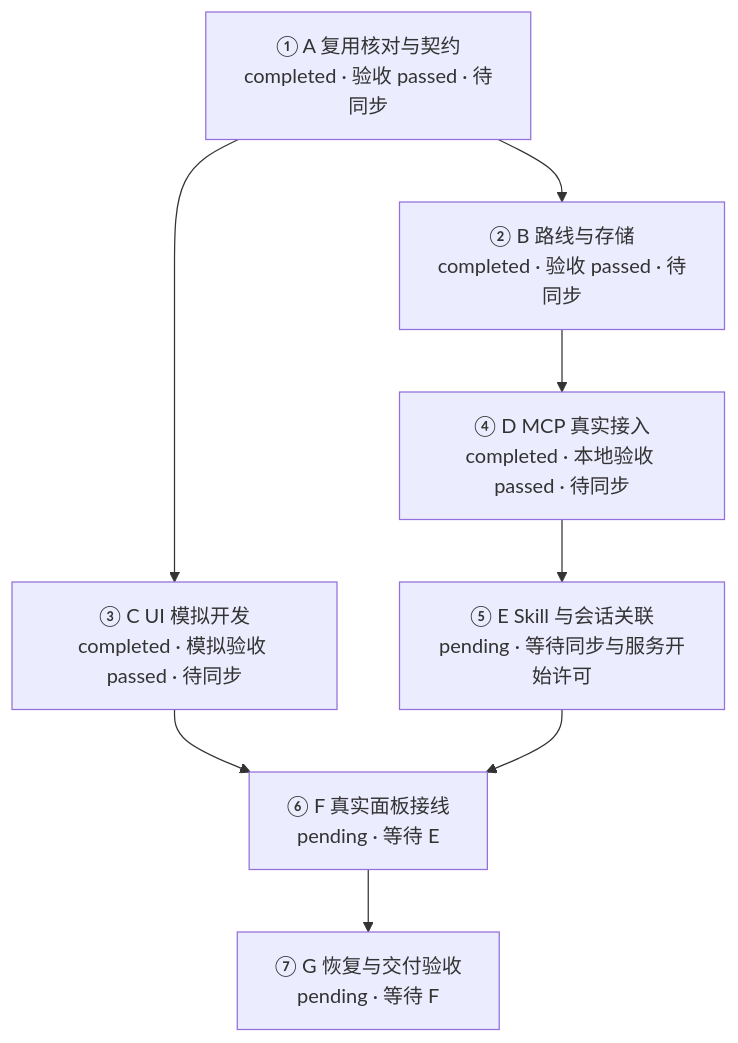
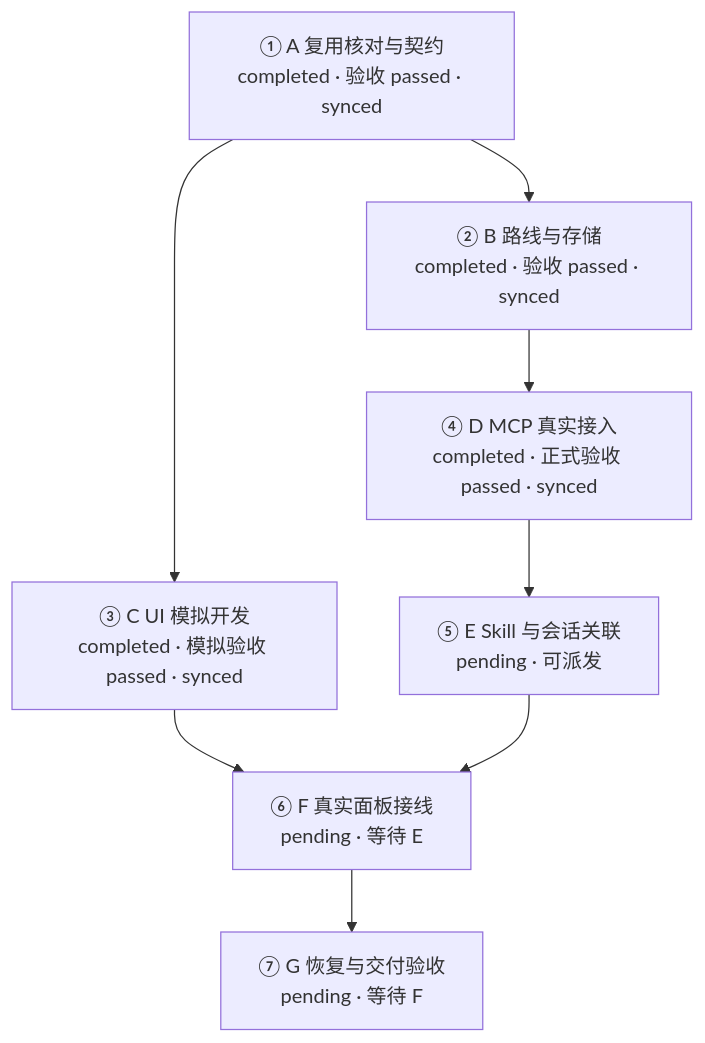
Before and after one commit to WuwuZhang0019/Codex-task-monitoring: the diagram in docs/03_轻量路线工作台/00_执行入口/01_当前执行台账_2026-11-10.md, drawn with Mermaid. The commit also changed other lines of this file and 5 other files, not shown here.

````diff
--- a/docs/03_轻量路线工作台/00_执行入口/01_当前执行台账_2026-11-10.md
+++ b/docs/03_轻量路线工作台/00_执行入口/01_当前执行台账_2026-11-10.md
@@ -130,10 +132,10 @@
 ```mermaid
 flowchart TD
-    A["① A 复用核对与契约<br/>completed · 验收 passed · 待同步"] --> B["② B 路线与存储<br/>completed · 验收 passed · 待同步"]
-    A --> C["③ C UI 模拟开发<br/>completed · 模拟验收 passed · 待同步"]
-    B --> D["④ D MCP 真实接入<br/>completed · 本地验收 passed · 待同步"]
-    D --> E["⑤ E Skill 与会话关联<br/>pending · 等待同步与服务开始许可"]
+    A["① A 复用核对与契约<br/>completed · 验收 passed · synced"] --> B["② B 路线与存储<br/>completed · 验收 passed · synced"]
+    A --> C["③ C UI 模拟开发<br/>completed · 模拟验收 passed · synced"]
+    B --> D["④ D MCP 真实接入<br/>completed · 正式验收 passed · synced"]
+    D --> E["⑤ E Skill 与会话关联<br/>pending · 可派发"]
     C --> F["⑥ F 真实面板接线<br/>pending · 等待 E"]
     E --> F
     F --> G["⑦ G 恢复与交付验收<br/>pending · 等待 F"]
 ```
````
